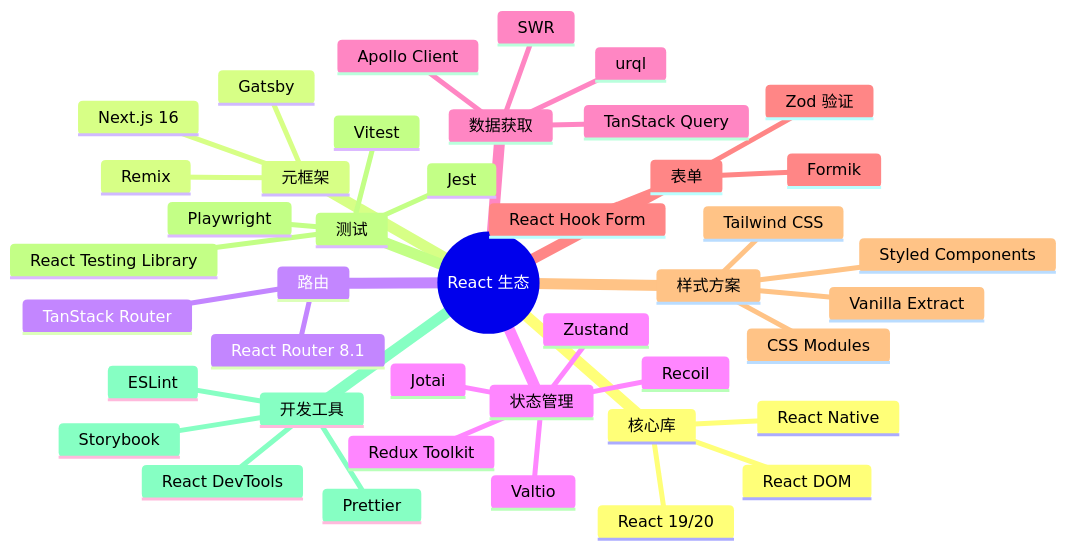
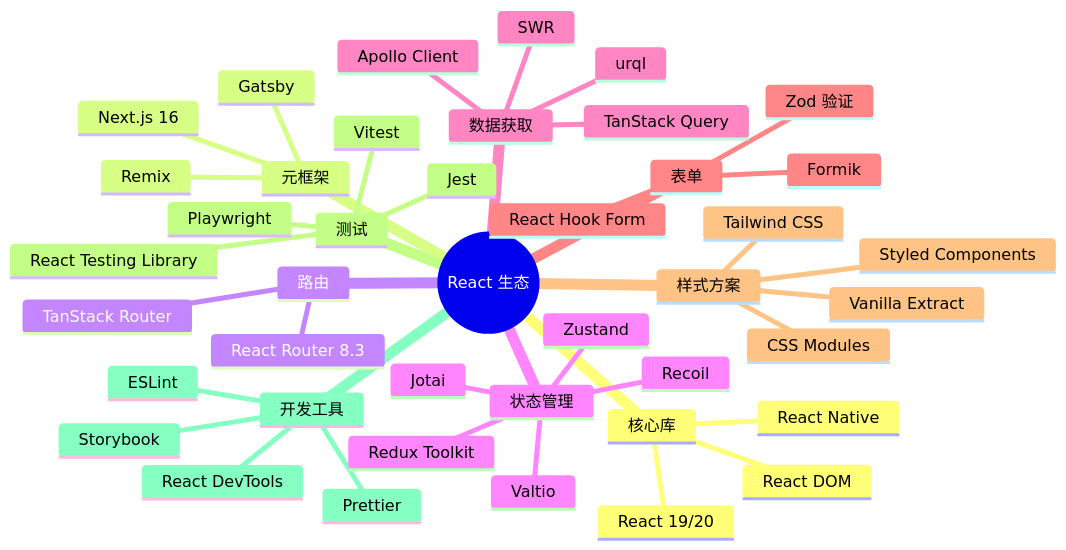
One commit to KMaybe01/common changed the tenth of 52 diagrams in S2-框架深入/02-React19.md. Above: the diagram before and after it, drawn with Mermaid. The commit also changed other lines of this file, not shown here.

Commit message:
docs: update react router v8

````diff
--- a/S2-框架深入/02-React19.md
+++ b/S2-框架深入/02-React19.md
@@ -714,45 +714,45 @@
 ```mermaid
 mindmap
   root((React 生态))
     核心库
       React 19/20
       React DOM
       React Native
     元框架
       Next.js 16
       Remix
       Gatsby
     路由
-      React Router 8.1
+      React Router 8.3
       TanStack Router
     状态管理
       Zustand
       Redux Toolkit
       Jotai
       Recoil
       Valtio
     数据获取
       TanStack Query
       SWR
       Apollo Client
       urql
     表单
       React Hook Form
       Formik
       Zod 验证
     样式方案
       Tailwind CSS
       Styled Components
       CSS Modules
       Vanilla Extract
     测试
       Vitest
       Jest
       React Testing Library
       Playwright
     开发工具
       React DevTools
       ESLint
       Prettier
       Storybook
 ```
````
